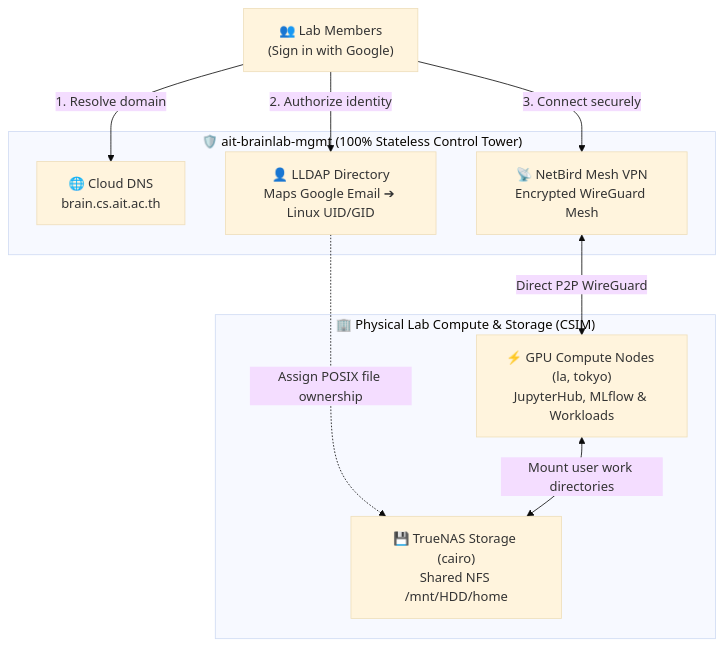
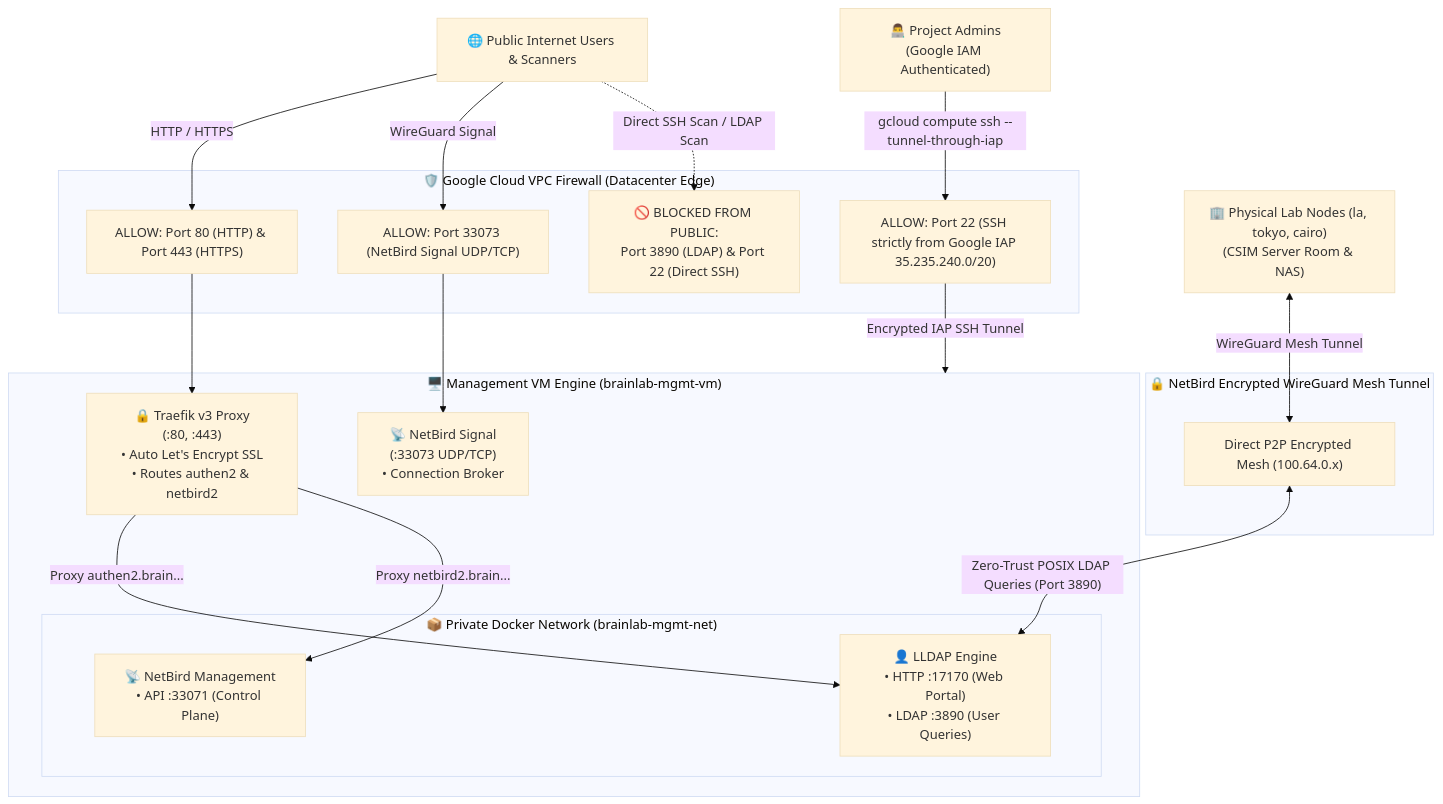
Before and after one commit to AIT-brainlab/brainlab-base: the diagram in mgmt/README.md, drawn with Mermaid (base theme). The commit also changed other lines of this file and 16 other files, not shown here.

First line of the commit message:
feat(vm): Implement disposable management VM engine with Docker stack

````diff
--- a/mgmt/README.md
+++ b/mgmt/README.md
@@ -16,23 +16,43 @@
 ```mermaid
 flowchart TD
-    User["👥 Lab Members<br/>(Sign in with Google)"]
+    %% External Ingress
+    Internet["🌐 Public Internet Users & Scanners"]
+    Admins["👨‍💻 Project Admins<br/>(Google IAM Authenticated)"]
+    OnPrem["🏢 Physical Lab Nodes (la, tokyo, cairo)<br/>(CSIM Server Room & NAS)"]
 
-    subgraph MGMT ["🛡️ ait-brainlab-mgmt (100% Stateless Control Tower)"]
-        DNS["🌐 Cloud DNS<br/>brain.cs.ait.ac.th"]
-        LLDAP["👤 LLDAP Directory<br/>Maps Google Email ➔ Linux UID/GID"]
-        VPN["📡 NetBird Mesh VPN<br/>Encrypted WireGuard Mesh"]
+    subgraph GCP_FIREWALL ["🛡️ Google Cloud VPC Firewall (Datacenter Edge)"]
+        FW_Web["ALLOW: Port 80 (HTTP) & Port 443 (HTTPS)"]
+        FW_NB["ALLOW: Port 33073 (NetBird Signal UDP/TCP)"]
+        FW_IAP["ALLOW: Port 22 (SSH strictly from Google IAP 35.235.240.0/20)"]
+        FW_Block["🚫 BLOCKED FROM PUBLIC:<br/>Port 3890 (LDAP) & Port 22 (Direct SSH)"]
     end
 
-    subgraph LAB ["🏢 Physical Lab Compute & Storage (CSIM)"]
-        Compute["⚡ GPU Compute Nodes (la, tokyo)<br/>JupyterHub, MLflow & Workloads"]
-        Storage["💾 TrueNAS Storage (cairo)<br/>Shared NFS /mnt/HDD/home"]
+    Internet -->|"HTTP / HTTPS"| FW_Web
+    Internet -->|"WireGuard Signal"| FW_NB
+    Internet -.->|"Direct SSH Scan / LDAP Scan"| FW_Block
+    Admins -->|"gcloud compute ssh --tunnel-through-iap"| FW_IAP
+
+    subgraph VM ["🖥️ Management VM Engine (brainlab-mgmt-vm)"]
+        Traefik["🔒 Traefik v3 Proxy<br/>(:80, :443)<br/>• Auto Let's Encrypt SSL<br/>• Routes authen2 & netbird2"]
+        NBSignal["📡 NetBird Signal<br/>(:33073 UDP/TCP)<br/>• Connection Broker"]
+        
+        subgraph PRIVATE_DOCKER ["📦 Private Docker Network (brainlab-mgmt-net)"]
+            LLDAP["👤 LLDAP Engine<br/>• HTTP :17170 (Web Portal)<br/>• LDAP :3890 (User Queries)"]
+            NBMgmt["📡 NetBird Management<br/>• API :33071 (Control Plane)"]
+        end
+
+        Traefik -->|"Proxy authen2.brain..."| LLDAP
+        Traefik -->|"Proxy netbird2.brain..."| NBMgmt
     end
 
-    User -->|1. Resolve domain| DNS
-    User -->|2. Authorize identity| LLDAP
-    User -->|3. Connect securely| VPN
-    
-    VPN <-->|Direct P2P WireGuard| Compute
-    LLDAP -.->|Assign POSIX file ownership| Storage
-    Compute <-->|Mount user work directories| Storage
+    FW_Web --> Traefik
+    FW_NB --> NBSignal
+    FW_IAP -->|"Encrypted IAP SSH Tunnel"| VM
+
+    subgraph WIREGUARD_MESH ["🔒 NetBird Encrypted WireGuard Mesh Tunnel"]
+        MeshFlow["Direct P2P Encrypted Mesh (100.64.0.x)"]
+    end
+
+    OnPrem <-->|"WireGuard Mesh Tunnel"| MeshFlow
+    MeshFlow <-->|"Zero-Trust POSIX LDAP Queries (Port 3890)"| LLDAP
 ```
````
